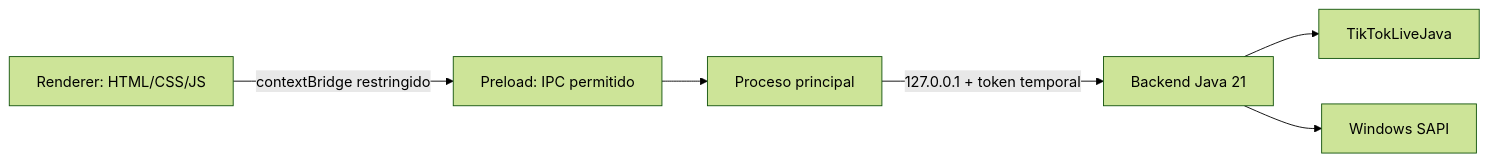
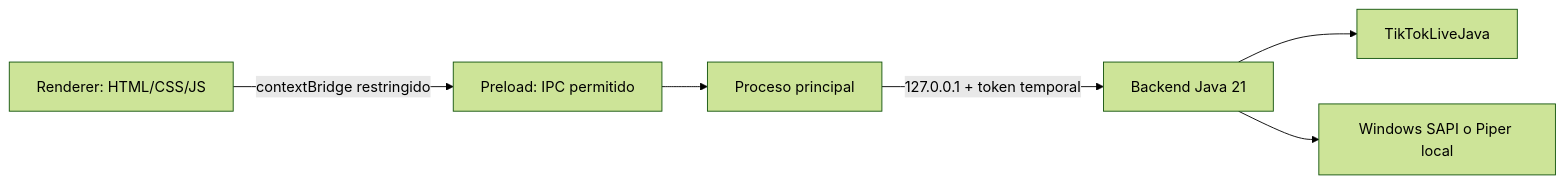
One commit to zero780/live-chat-tts changed the diagram in frontend/README.es.md. Above: the diagram before and after it, drawn with Mermaid (forest theme). The commit also changed other lines of this file and 29 other files, not shown here.

````diff
--- a/frontend/README.es.md
+++ b/frontend/README.es.md
@@ -15,8 +17,8 @@
 ```mermaid
 graph LR
   R[Renderer: HTML/CSS/JS] -->|contextBridge restringido| P[Preload: IPC permitido]
   P --> M[Proceso principal]
   M -->|127.0.0.1 + token temporal| J[Backend Java 21]
   J --> T[TikTokLiveJava]
-  J --> S[Windows SAPI]
+  J --> S[Windows SAPI o Piper local]
 ```
````
